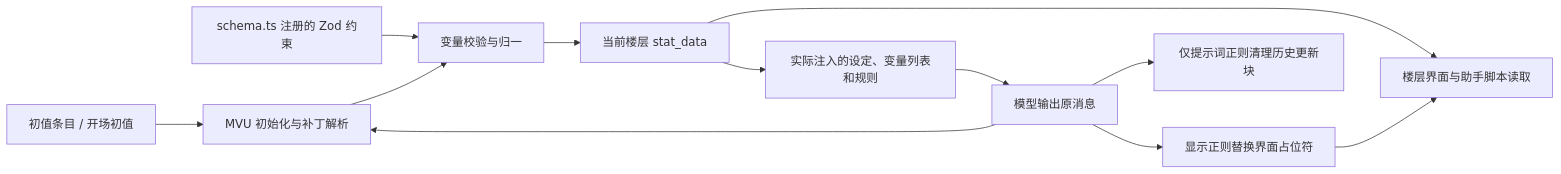
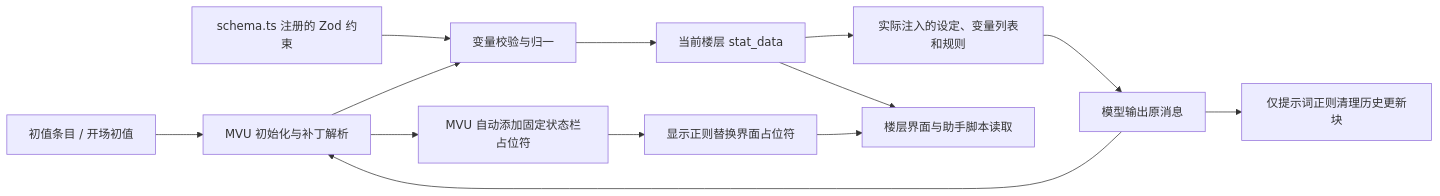
The diagram in docs/COMPLEX-CARDS.md (fadust/TavernCardStudio-Public-EN), drawn with Mermaid before and after one commit. The commit also changed other lines of this file and 144 other files, not shown here.

````diff
--- a/docs/COMPLEX-CARDS.md
+++ b/docs/COMPLEX-CARDS.md
@@ -7,14 +7,15 @@
 ```mermaid
 flowchart LR
   I[初值条目 / 开场初值] --> M[MVU 初始化与补丁解析]
   P[实际注入的设定、变量列表和规则] --> O[模型输出原消息]
   O --> M
   S[schema.ts 注册的 Zod 约束] --> V[变量校验与归一]
   M --> V
   V --> D[当前楼层 stat_data]
   D --> P
   D --> U[楼层界面与助手脚本读取]
-  O --> R[显示正则替换界面占位符]
+  M --> A[MVU 自动添加固定状态栏占位符]
+  A --> R[显示正则替换界面占位符]
   R --> U
   O --> H[仅提示词正则清理历史更新块]
 ```
````
